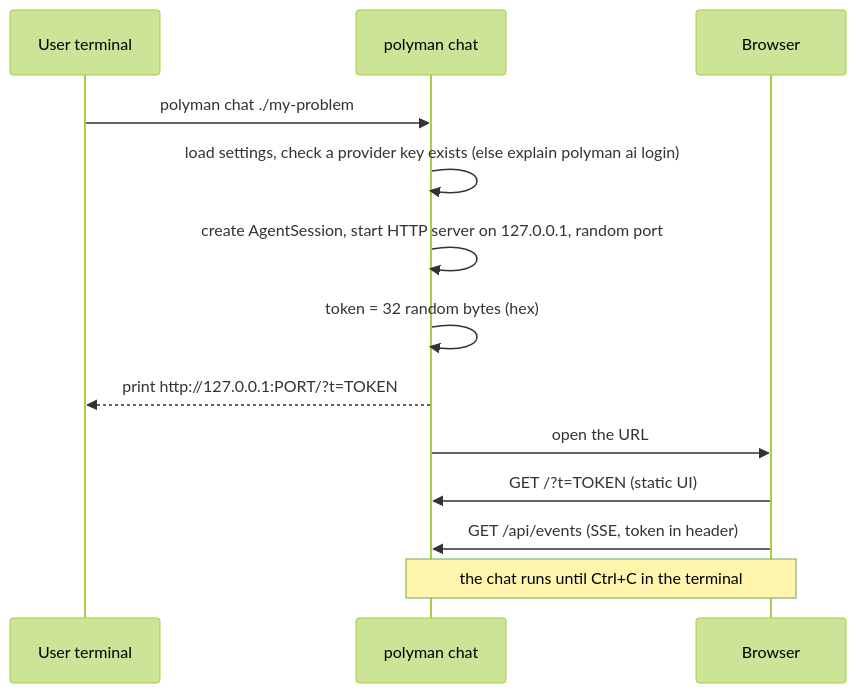
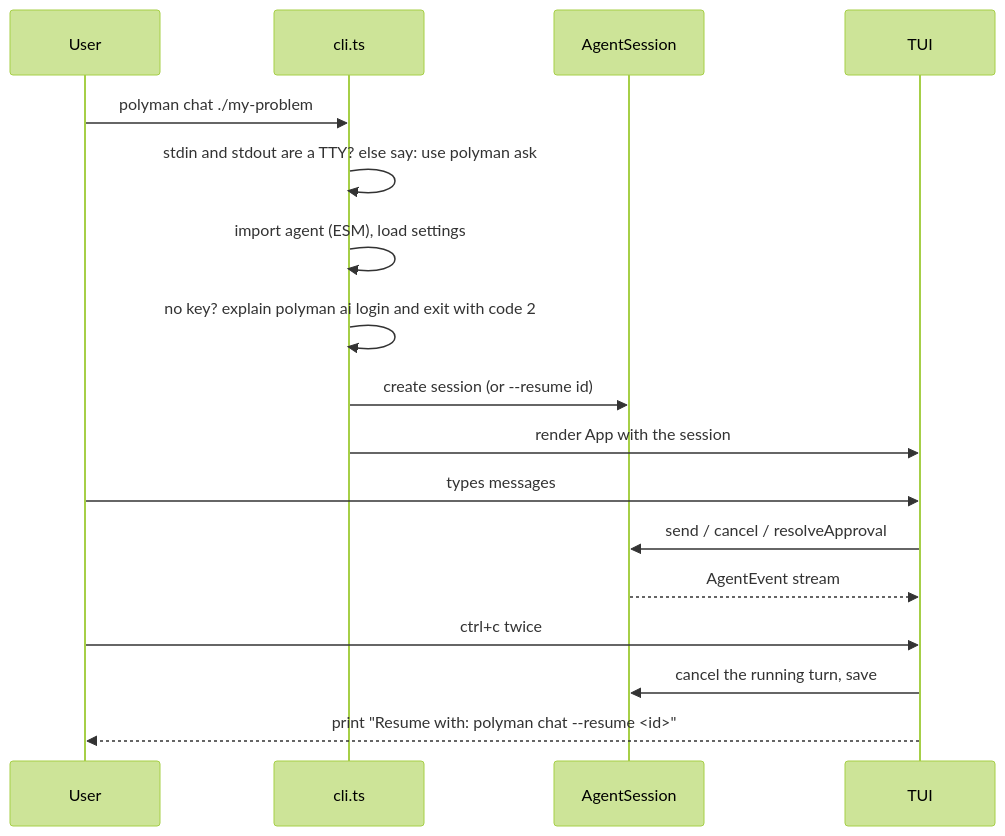
The second of 2 diagrams in design/agent/05-chat-ui.md (Ahmad-Faraj/polyman), drawn with Mermaid (forest theme) before and after one commit. The commit also changed other lines of this file and 9 other files, not shown here.

First line of the commit message:
docs: switch the agent chat to a terminal UI

````diff
--- a/design/agent/05-chat-ui.md
+++ b/design/agent/05-chat-ui.md
@@ -13,16 +152,20 @@
 ```mermaid
 sequenceDiagram
-  participant U as User terminal
-  participant P as polyman chat
-  participant B as Browser
+  participant U as User
+  participant C as cli.ts
+  participant A as AgentSession
+  participant T as TUI
 
-  U->>P: polyman chat ./my-problem
-  P->>P: load settings, check a provider key exists (else explain polyman ai login)
-  P->>P: create AgentSession, start HTTP server on 127.0.0.1, random port
-  P->>P: token = 32 random bytes (hex)
-  P-->>U: print http://127.0.0.1:PORT/?t=TOKEN
-  P->>B: open the URL
-  B->>P: GET /?t=TOKEN (static UI)
-  B->>P: GET /api/events (SSE, token in header)
-  Note over P,B: the chat runs until Ctrl+C in the terminal
+  U->>C: polyman chat ./my-problem
+  C->>C: stdin and stdout are a TTY? else say: use polyman ask
+  C->>C: import agent (ESM), load settings
+  C->>C: no key? explain polyman ai login and exit with code 2
+  C->>A: create session (or --resume id)
+  C->>T: render App with the session
+  U->>T: types messages
+  T->>A: send / cancel / resolveApproval
+  A-->>T: AgentEvent stream
+  U->>T: ctrl+c twice
+  T->>A: cancel the running turn, save
+  T-->>U: print "Resume with: polyman chat --resume <id>"
 ```
````
